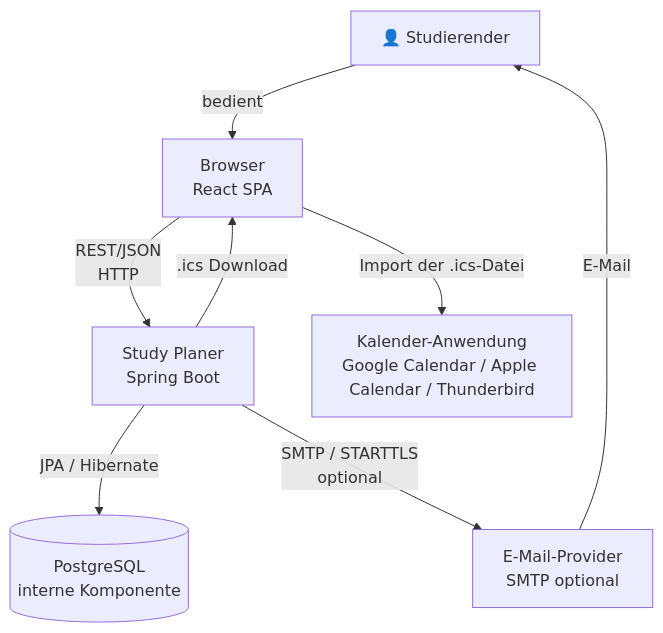
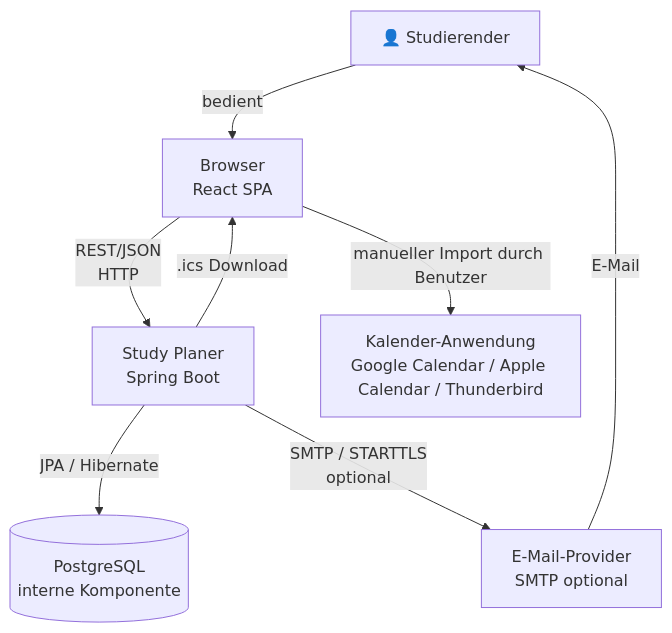
One commit to nura203/wk1106-wirtschaftsinformatik-projekt-1 changed the diagram in arch/03-kontextabgrenzung.md. Above: the diagram before and after it, drawn with Mermaid. The commit also changed other lines of this file, not shown here.

Commit message:
docs(arch): clarify context diagram and scope
Updated descriptions for user interactions and clarified system boundaries.

````diff
--- a/arch/03-kontextabgrenzung.md
+++ b/arch/03-kontextabgrenzung.md
@@ -35,17 +35,17 @@
 ```mermaid
 graph TD
     Nutzer["👤 Studierender"]
     Browser["Browser<br/>React SPA"]
     Backend["Study Planer<br/>Spring Boot"]
     DB[("PostgreSQL<br/>interne Komponente")]
     SMTP["E-Mail-Provider<br/>SMTP optional"]
     Calendar["Kalender-Anwendung<br/>Google Calendar / Apple Calendar / Thunderbird"]
 
     Nutzer -->|"bedient"| Browser
     Browser -->|"REST/JSON<br/>HTTP"| Backend
     Backend -->|"JPA / Hibernate"| DB
     Backend -->|"SMTP / STARTTLS<br/>optional"| SMTP
     SMTP -->|"E-Mail"| Nutzer
     Backend -->|".ics Download"| Browser
-    Browser -->|"Import der .ics-Datei"| Calendar
+    Browser -->|"manueller Import durch Benutzer"| Calendar
 ```
````
